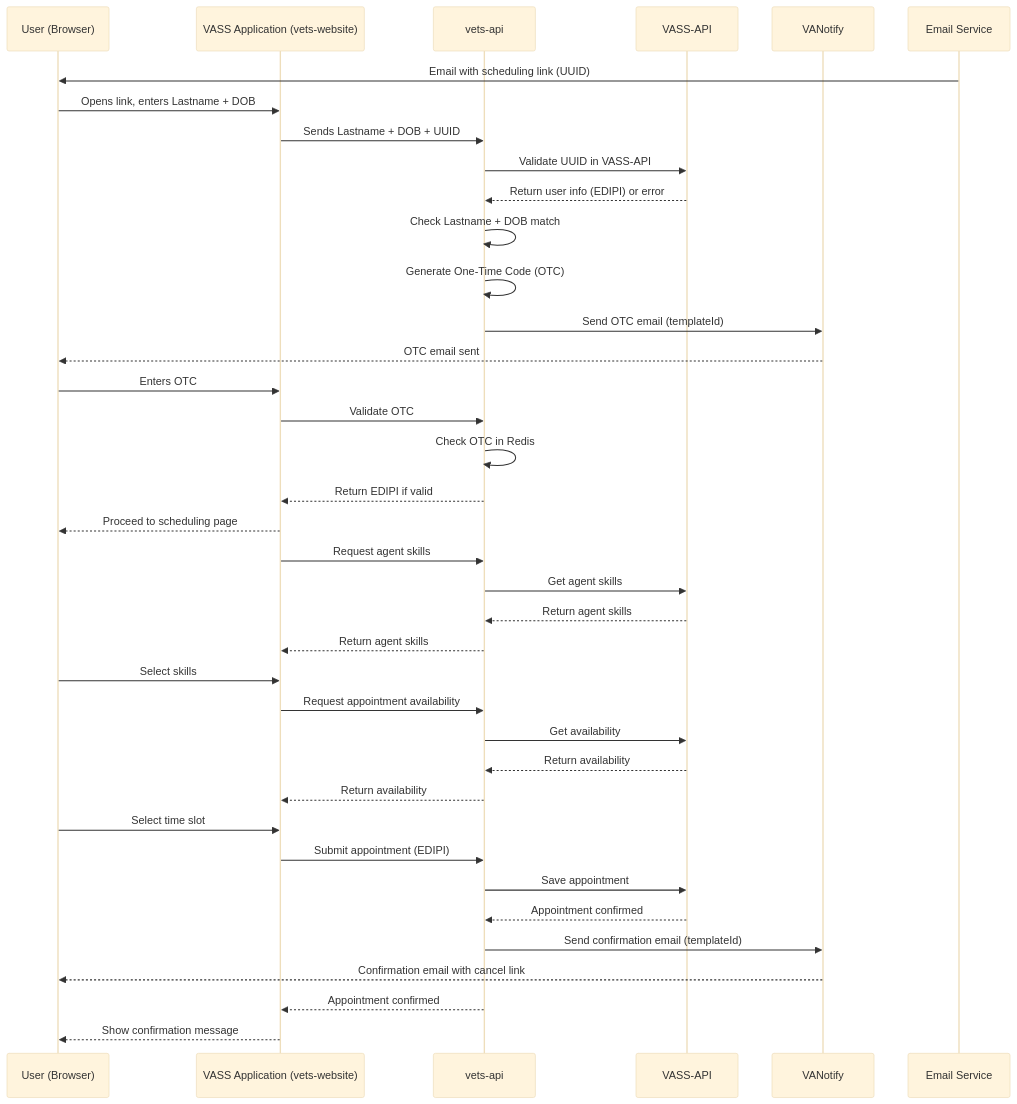
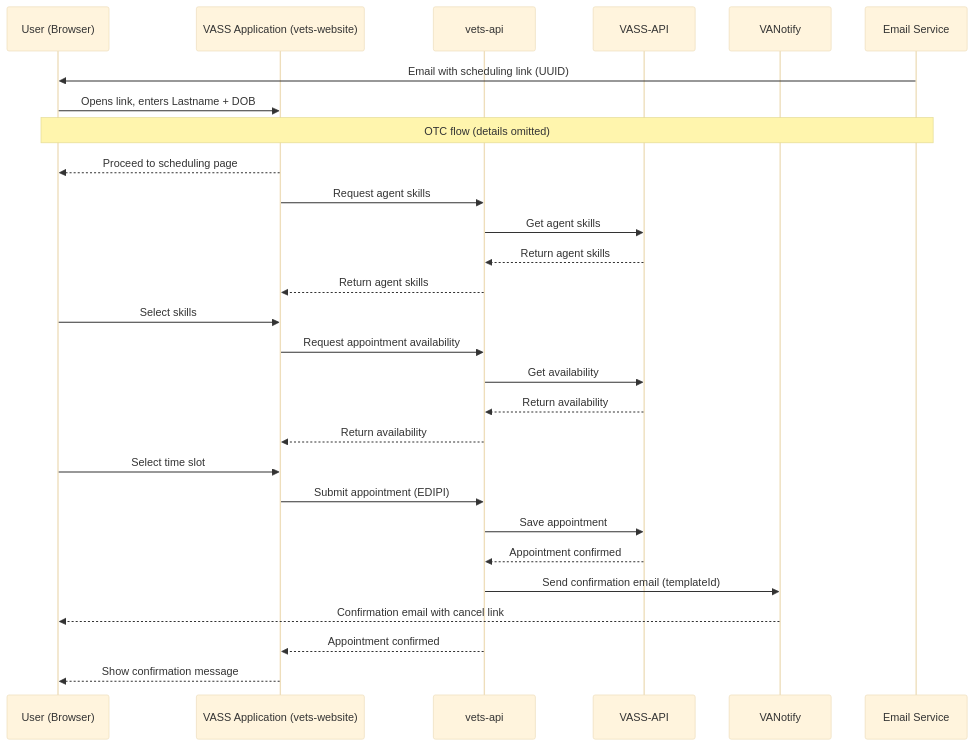
Before and after one commit to department-of-veterans-affairs/va.gov-team: the first of 3 diagrams in products/health-care/appointments/va-online-scheduling/initiatives/solid-start-scheduling/engineering/sequence-diagrams/otc-flow.md, drawn with Mermaid (base theme). The commit also changed other lines of this file, not shown here.

````diff
--- a/products/health-care/appointments/va-online-scheduling/initiatives/solid-start-scheduling/engineering/sequence-diagrams/otc-flow.md
+++ b/products/health-care/appointments/va-online-scheduling/initiatives/solid-start-scheduling/engineering/sequence-diagrams/otc-flow.md
@@ -3,52 +3,40 @@
 ``` mermaid
 sequenceDiagram
     participant U as User (Browser)
     participant F as VASS Application (vets-website)
     participant V as vets-api
     participant S as VASS-API
     participant N as VANotify
     participant E as Email Service
 
     %% Step 1: Email Invitation
     E->>U: Email with scheduling link (UUID)
 
     %% Step 2: User validates identity
     U->>F: Opens link, enters Lastname + DOB
-    F->>V: Sends Lastname + DOB + UUID
-    V->>S: Validate UUID in VASS-API
-    S-->>V: Return user info (EDIPI) or error
-    V->>V: Check Lastname + DOB match
-    V->>V: Generate One-Time Code (OTC)
-    V->>N: Send OTC email (templateId)
-    N-->>U: OTC email sent
-
-    %% Step 3: User enters OTC
-    U->>F: Enters OTC
-    F->>V: Validate OTC
-    V->>V: Check OTC in Redis
-    V-->>F: Return EDIPI if valid
+    Note over U,E: OTC flow (details omitted)
     F-->>U: Proceed to scheduling page
 
     %% Step 4: Scheduling Flow
     F->>V: Request agent skills
     V->>S: Get agent skills
     S-->>V: Return agent skills
     V-->>F: Return agent skills
     U->>F: Select skills
 
     F->>V: Request appointment availability
     V->>S: Get availability
     S-->>V: Return availability
     V-->>F: Return availability
     U->>F: Select time slot
 
     %% Step 6: Confirm Appointment
     F->>V: Submit appointment (EDIPI)
     V->>S: Save appointment
     S-->>V: Appointment confirmed
     V->>N: Send confirmation email (templateId)
     N-->>U: Confirmation email with cancel link
     V-->>F: Appointment confirmed
     F-->>U: Show confirmation message
 
 ```
````
